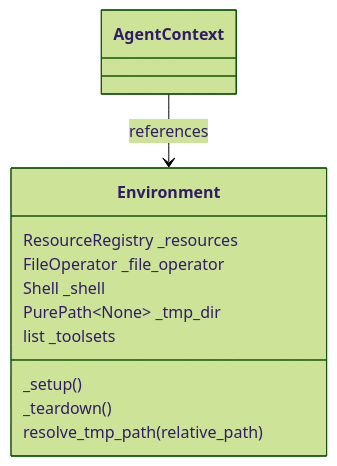
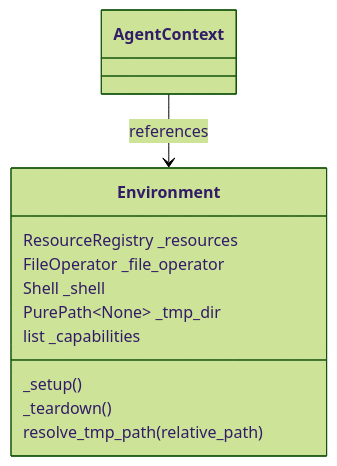
The diagram in skills/agent-builder/environment.md (Wh1isper/ya-agent-sdk), drawn with Mermaid (forest theme) before and after one commit. The commit also changed other lines of this file and 446 other files, not shown here.

````diff
--- a/skills/agent-builder/environment.md
+++ b/skills/agent-builder/environment.md
@@ -15,15 +15,15 @@
 ```mermaid
 classDiagram
     class Environment {
         ResourceRegistry _resources
         FileOperator _file_operator
         Shell _shell
         PurePath~None~ _tmp_dir
-        list _toolsets
+        list _capabilities
         _setup()
         _teardown()
         resolve_tmp_path(relative_path)
     }
     class AgentContext
     AgentContext --> Environment : references
 ```
````
